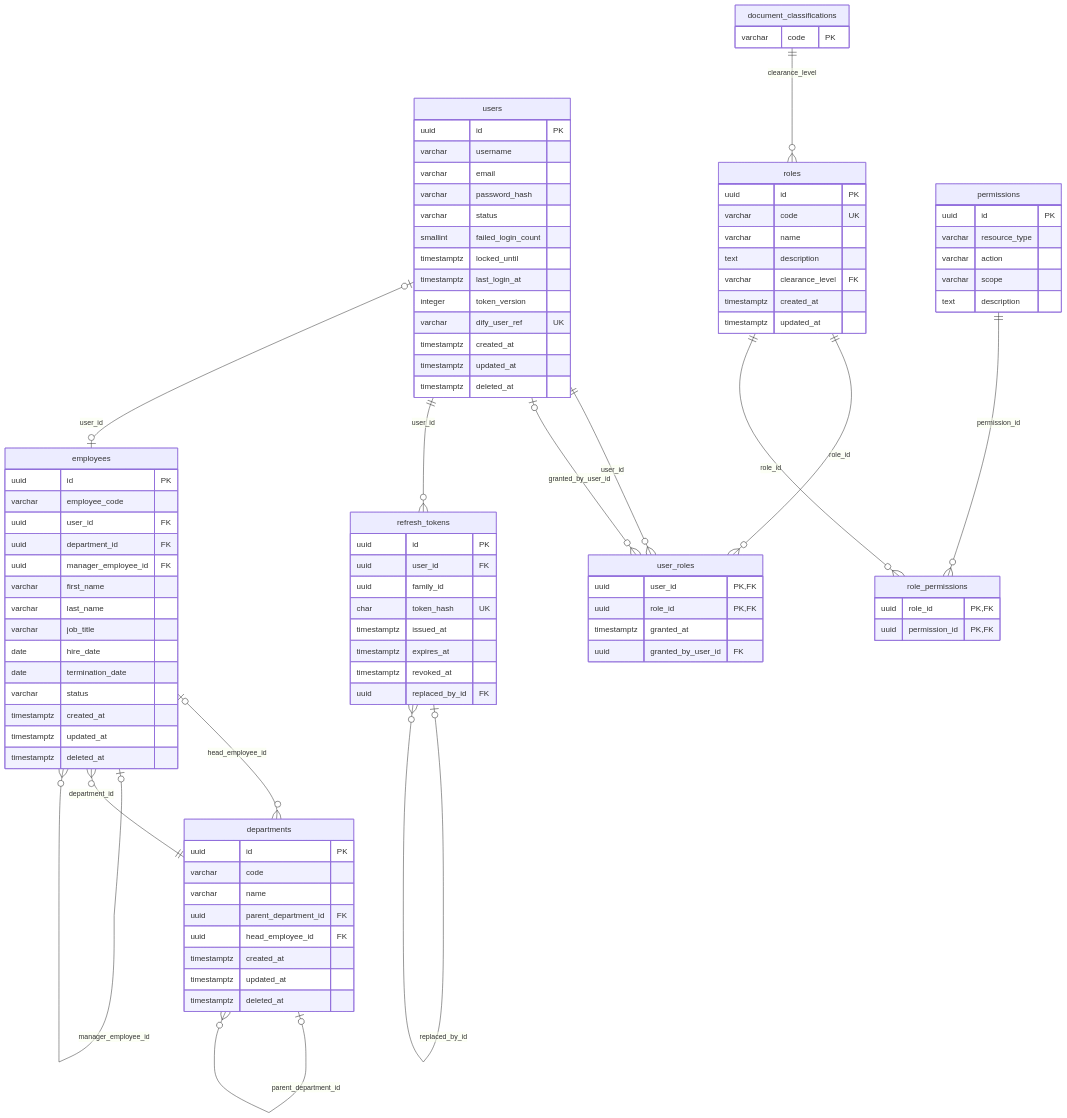
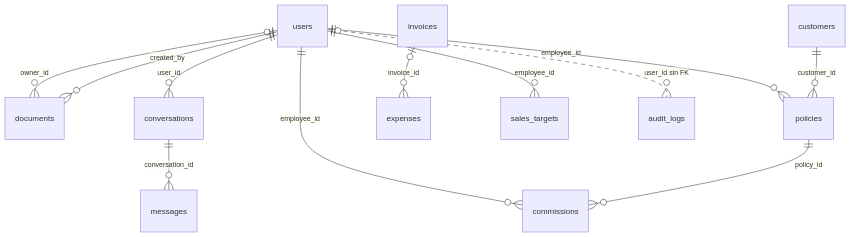
Before and after one commit to pedroamas/segur_plus: the first of 4 diagrams in docs/data-model/erd.md, drawn with Mermaid. The commit also changed other lines of this file and 2 other files, not shown here.

Commit message:
ERD, matriz de permisos y mapeo con reglas simples (allowed_roles/owner)

````diff
--- a/docs/data-model/erd.md
+++ b/docs/data-model/erd.md
@@ -129,96 +8,14 @@
 ```mermaid
 erDiagram
-  users {
-    uuid id PK
-    varchar username
-    varchar email
-    varchar password_hash
-    varchar status
-    smallint failed_login_count
-    timestamptz locked_until
-    timestamptz last_login_at
-    integer token_version
-    varchar dify_user_ref UK
-    timestamptz created_at
-    timestamptz updated_at
-    timestamptz deleted_at
-  }
-  roles {
-    uuid id PK
-    varchar code UK
-    varchar name
-    text description
-    varchar clearance_level FK
-    timestamptz created_at
-    timestamptz updated_at
-  }
-  permissions {
-    uuid id PK
-    varchar resource_type
-    varchar action
-    varchar scope
-    text description
-  }
-  user_roles {
-    uuid user_id PK, FK
-    uuid role_id PK, FK
-    timestamptz granted_at
-    uuid granted_by_user_id FK
-  }
-  role_permissions {
-    uuid role_id PK, FK
-    uuid permission_id PK, FK
-  }
-  refresh_tokens {
-    uuid id PK
-    uuid user_id FK
-    uuid family_id
-    char token_hash UK
-    timestamptz issued_at
-    timestamptz expires_at
-    timestamptz revoked_at
-    uuid replaced_by_id FK
-  }
-  departments {
-    uuid id PK
-    varchar code
-    varchar name
-    uuid parent_department_id FK
-    uuid head_employee_id FK
-    timestamptz created_at
-    timestamptz updated_at
-    timestamptz deleted_at
-  }
-  employees {
-    uuid id PK
-    varchar employee_code
-    uuid user_id FK
-    uuid department_id FK
-    uuid manager_employee_id FK
-    varchar first_name
-    varchar last_name
-    varchar job_title
-    date hire_date
-    date termination_date
-    varchar status
-    timestamptz created_at
-    timestamptz updated_at
-    timestamptz deleted_at
-  }
-  document_classifications {
-    varchar code PK
-  }
-  document_classifications ||--o{ roles : "clearance_level"
-  users ||--o{ user_roles : "user_id"
-  roles ||--o{ user_roles : "role_id"
-  users |o--o{ user_roles : "granted_by_user_id"
-  roles ||--o{ role_permissions : "role_id"
-  permissions ||--o{ role_permissions : "permission_id"
-  users ||--o{ refresh_tokens : "user_id"
-  refresh_tokens |o--o{ refresh_tokens : "replaced_by_id"
-  departments |o--o{ departments : "parent_department_id"
-  employees |o--o{ departments : "head_employee_id"
-  users |o--o| employees : "user_id"
-  departments ||--o{ employees : "department_id"
-  employees |o--o{ employees : "manager_employee_id"
+  users |o--o{ documents : "owner_id"
+  users ||--o{ documents : "created_by"
+  users ||--o{ conversations : "user_id"
+  conversations ||--o{ messages : "conversation_id"
+  users ||--o{ policies : "employee_id"
+  customers ||--o{ policies : "customer_id"
+  users ||--o{ commissions : "employee_id"
+  policies ||--o{ commissions : "policy_id"
+  invoices |o--o{ expenses : "invoice_id"
+  users ||--o{ sales_targets : "employee_id"
+  users |o..o{ audit_logs : "user_id sin FK"
 ```
````
